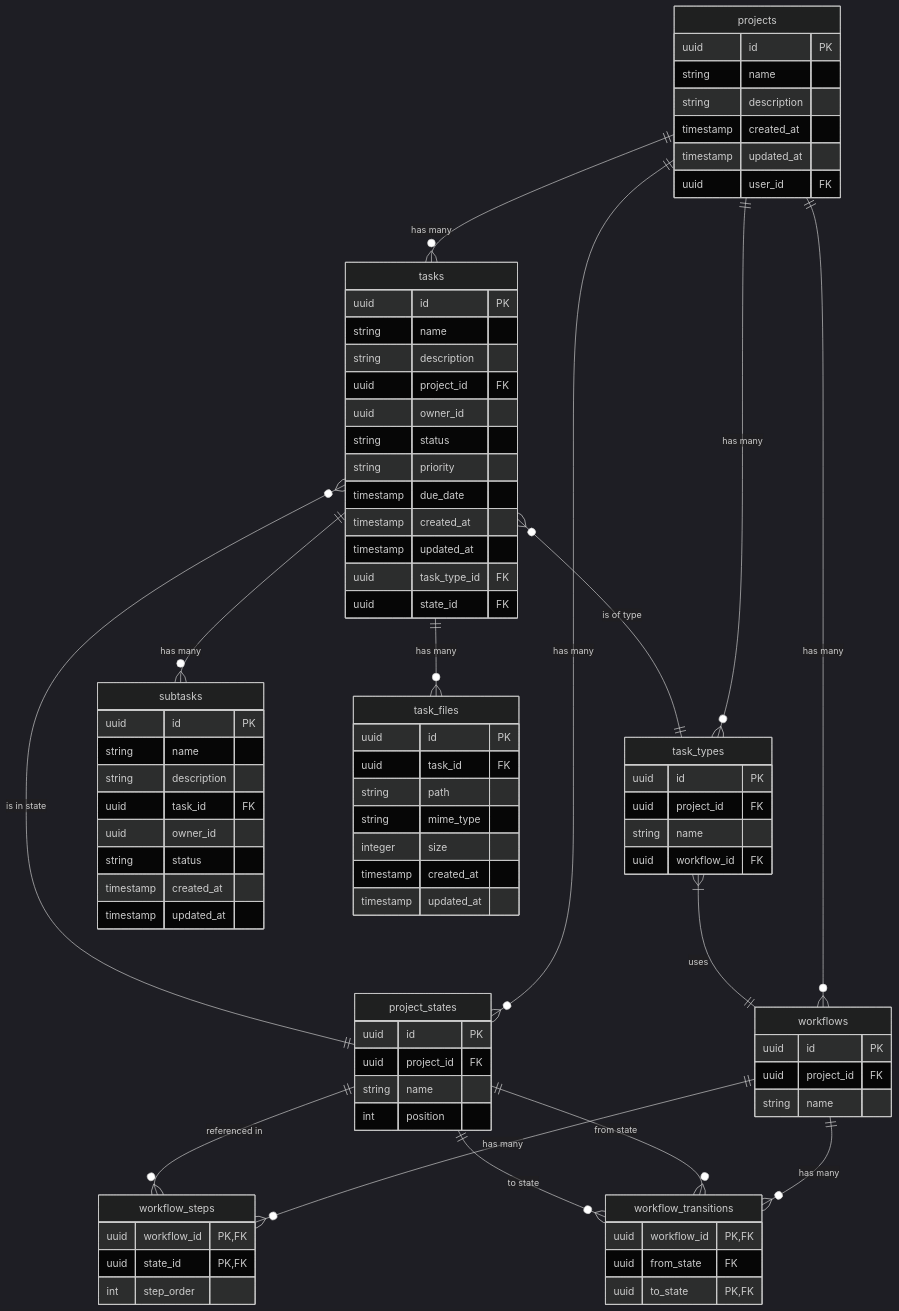
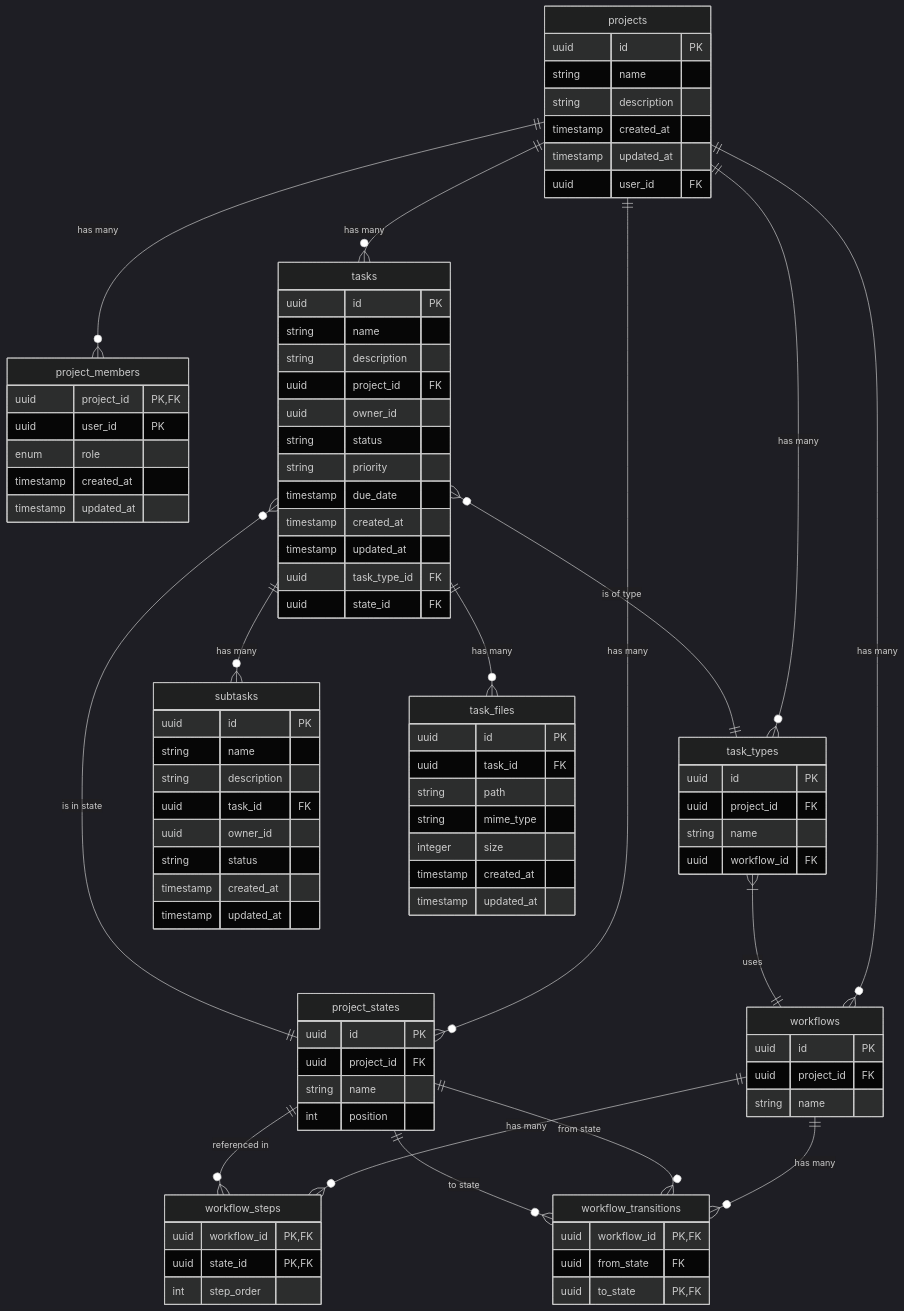
One commit to chrisrneal/task-manager changed the diagram in docs/architecture/db.md. Above: the diagram before and after it, drawn with Mermaid (dark theme). The commit also changed other lines of this file and 4 other files, not shown here.

```diff
--- a/docs/architecture/db.md
+++ b/docs/architecture/db.md
@@ -13,6 +13,14 @@
         timestamp created_at
         timestamp updated_at
         uuid user_id FK
+    }
+    
+    project_members {
+        uuid project_id PK,FK
+        uuid user_id PK
+        enum role
+        timestamp created_at
+        timestamp updated_at
     }
     
     project_states {
@@ -83,6 +91,7 @@
         timestamp updated_at
     }
     
+    projects ||--o{ project_members : "has many"
     projects ||--o{ tasks : "has many"
     tasks ||--o{ subtasks : "has many"
     tasks ||--o{ task_files : "has many"
```
